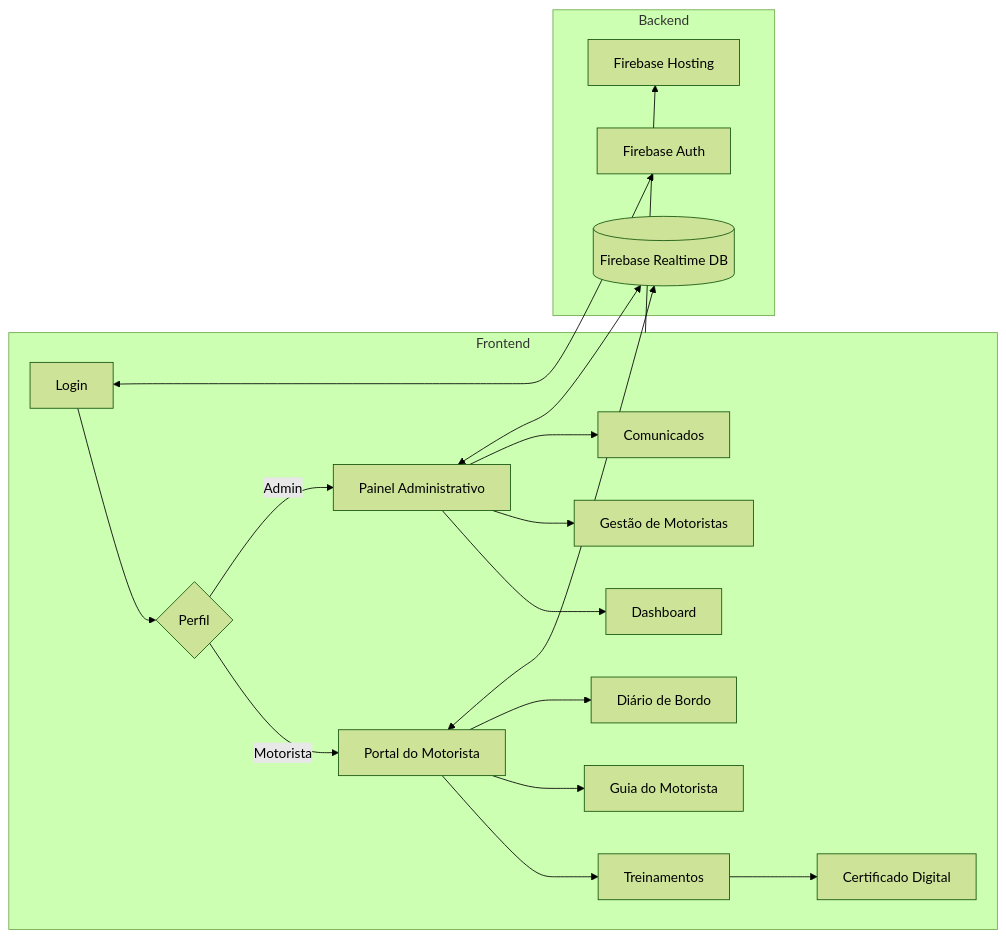
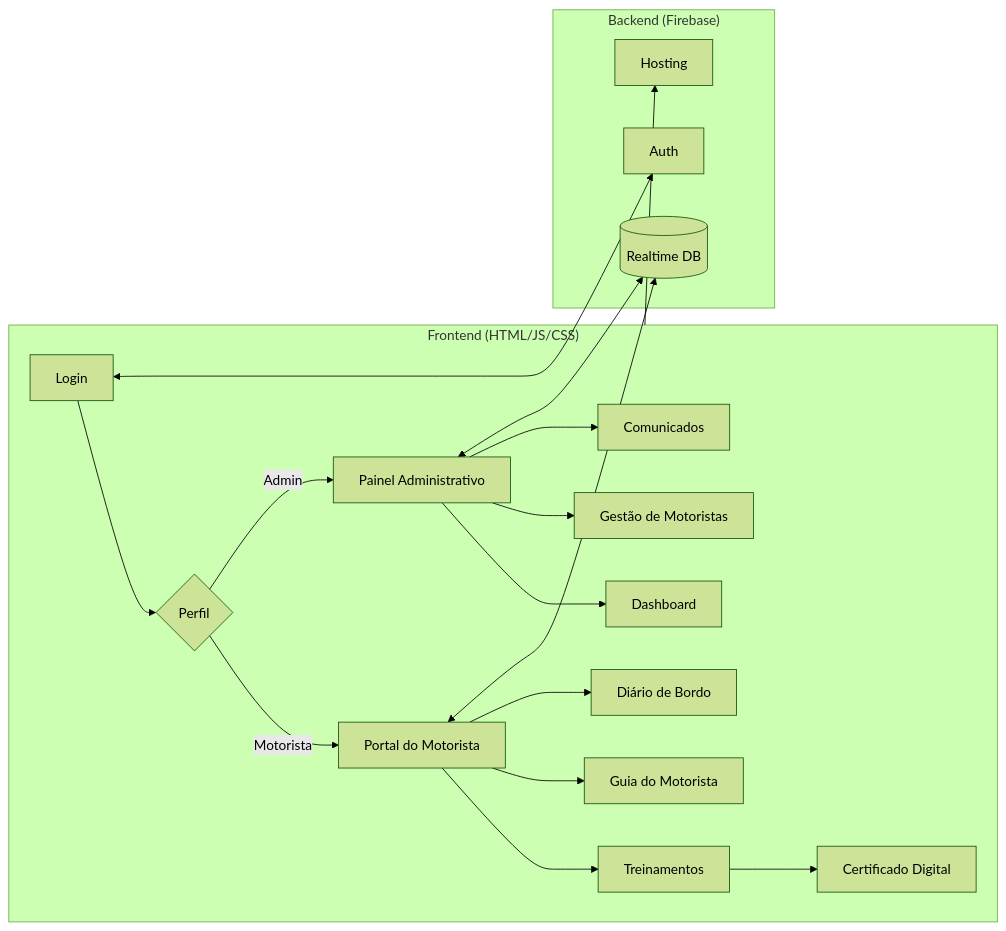
One commit to lucianomjf14/gestao-jornada-motoristas changed the first of 4 diagrams in README.md. Above: the diagram before and after it, drawn with Mermaid (forest theme). The commit also changed other lines of this file, not shown here.

First line of the commit message:
docs: reposicionar README como MVP com roadmap de evolução

````diff
--- a/README.md
+++ b/README.md
@@ -50,25 +58,25 @@
 ```mermaid
 flowchart LR
-    subgraph Frontend
+    subgraph Frontend["Frontend (HTML/JS/CSS)"]
         A[Login] --> B{Perfil}
         B -->|Motorista| C[Portal do Motorista]
         B -->|Admin| D[Painel Administrativo]
         C --> E[Treinamentos]
         C --> F[Guia do Motorista]
         C --> G[Diário de Bordo]
         E --> H[Certificado Digital]
         D --> I[Dashboard]
         D --> J[Gestão de Motoristas]
         D --> K[Comunicados]
     end
 
-    subgraph Backend
-        L[(Firebase Realtime DB)]
-        M[Firebase Auth]
-        N[Firebase Hosting]
+    subgraph Backend["Backend (Firebase)"]
+        L[(Realtime DB)]
+        M[Auth]
+        N[Hosting]
     end
 
     C & D <--> L
     A <--> M
     Frontend --> N
 ```
````
